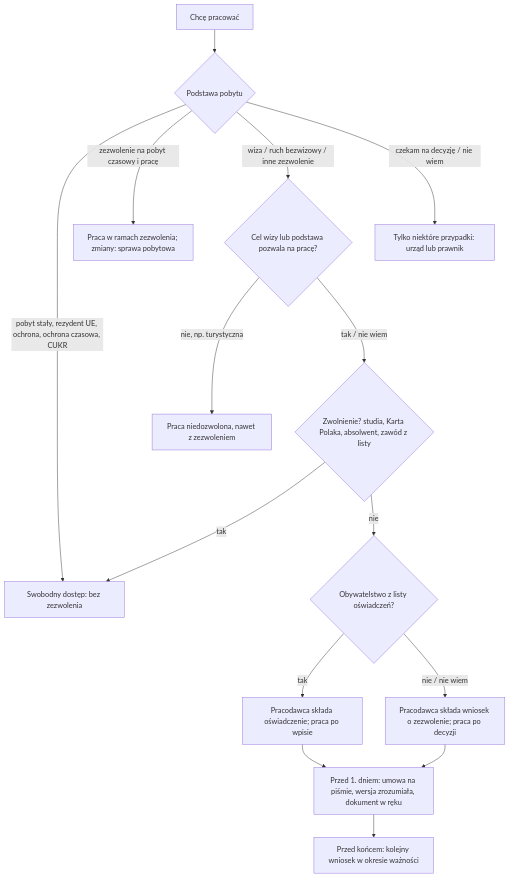
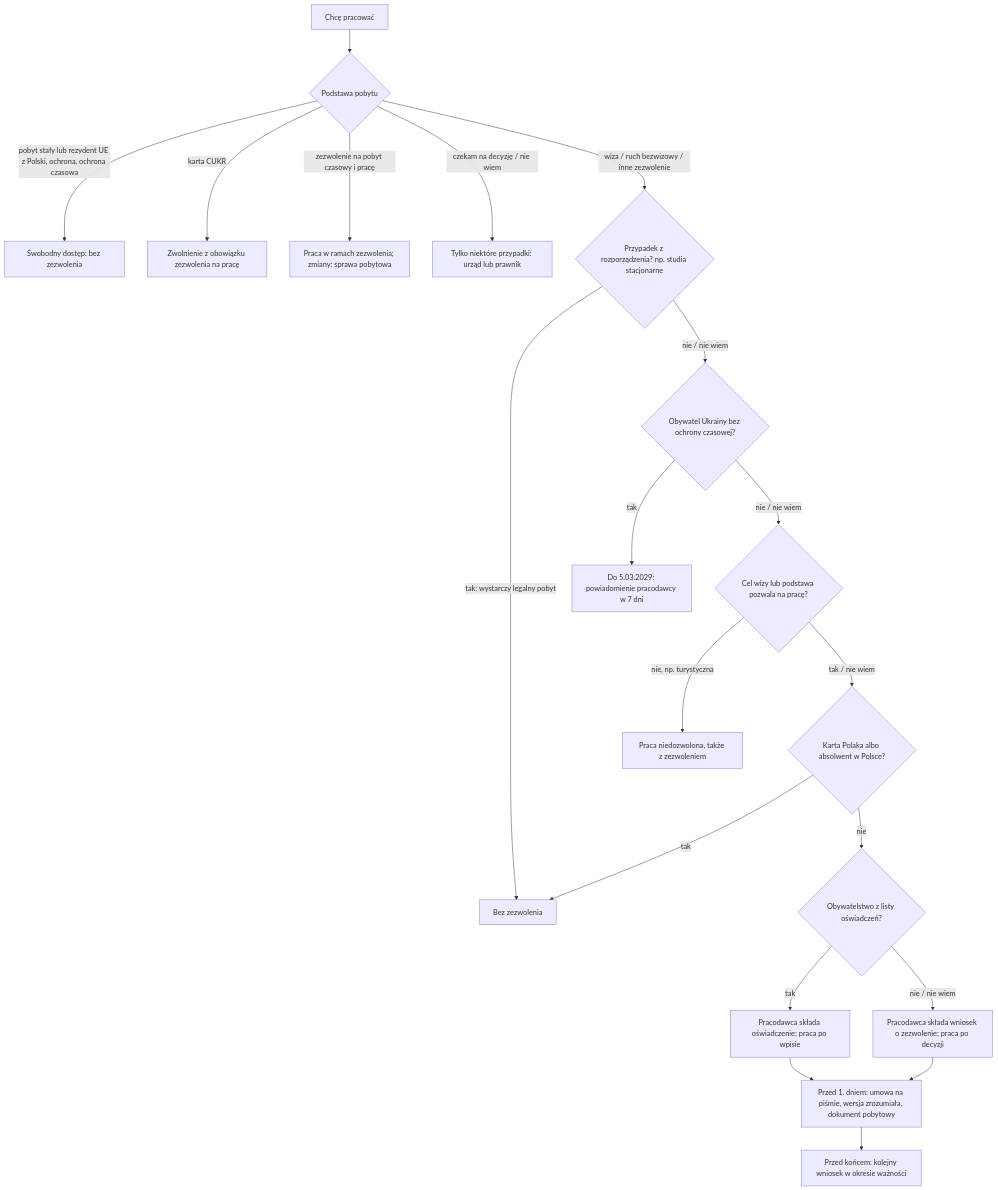
One commit to wrzalkosowskilukaszz/formalka-next changed the diagram in docs/formalka-next/maps/work.md. Above: the diagram before and after it, drawn with Mermaid. The commit also changed other lines of this file and 8 other files, not shown here.

````diff
--- a/docs/formalka-next/maps/work.md
+++ b/docs/formalka-next/maps/work.md
@@ -135,17 +137,22 @@
 ```mermaid
 flowchart TD
   A[Chcę pracować] --> B{Podstawa pobytu}
-  B -- pobyt stały, rezydent UE, ochrona, ochrona czasowa, CUKR --> F[Swobodny dostęp: bez zezwolenia]
+  B -- pobyt stały lub rezydent UE z Polski, ochrona, ochrona czasowa --> F[Swobodny dostęp: bez zezwolenia]
+  B -- karta CUKR --> FC[Zwolnienie z obowiązku zezwolenia na pracę]
   B -- zezwolenie na pobyt czasowy i pracę --> R[Praca w ramach zezwolenia; zmiany: sprawa pobytowa]
-  B -- wiza / ruch bezwizowy / inne zezwolenie --> C{Cel wizy lub podstawa pozwala na pracę?}
   B -- czekam na decyzję / nie wiem --> X[Tylko niektóre przypadki: urząd lub prawnik]
-  C -- nie, np. turystyczna --> N[Praca niedozwolona, nawet z zezwoleniem]
-  C -- tak / nie wiem --> E{Zwolnienie? studia, Karta Polaka, absolwent, zawód z listy}
-  E -- tak --> F
-  E -- nie --> P{Obywatelstwo z listy oświadczeń?}
+  B -- wiza / ruch bezwizowy / inne zezwolenie --> E{Przypadek z rozporządzenia? np. studia stacjonarne}
+  E -- tak: wystarczy legalny pobyt --> F2[Bez zezwolenia]
+  E -- nie / nie wiem --> U{Obywatel Ukrainy bez ochrony czasowej?}
+  U -- tak --> UP[Do 5.03.2029: powiadomienie pracodawcy w 7 dni]
+  U -- nie / nie wiem --> C{Cel wizy lub podstawa pozwala na pracę?}
+  C -- nie, np. turystyczna --> N[Praca niedozwolona, także z zezwoleniem]
+  C -- tak / nie wiem --> K{Karta Polaka albo absolwent w Polsce?}
+  K -- tak --> F2
+  K -- nie --> P{Obywatelstwo z listy oświadczeń?}
   P -- tak --> O[Pracodawca składa oświadczenie; praca po wpisie]
   P -- nie / nie wiem --> Z[Pracodawca składa wniosek o zezwolenie; praca po decyzji]
-  O --> D[Przed 1. dniem: umowa na piśmie, wersja zrozumiała, dokument w ręku]
+  O --> D[Przed 1. dniem: umowa na piśmie, wersja zrozumiała, dokument pobytowy]
   Z --> D
-  D --> K[Przed końcem: kolejny wniosek w okresie ważności]
+  D --> Q[Przed końcem: kolejny wniosek w okresie ważności]
 ```
````
